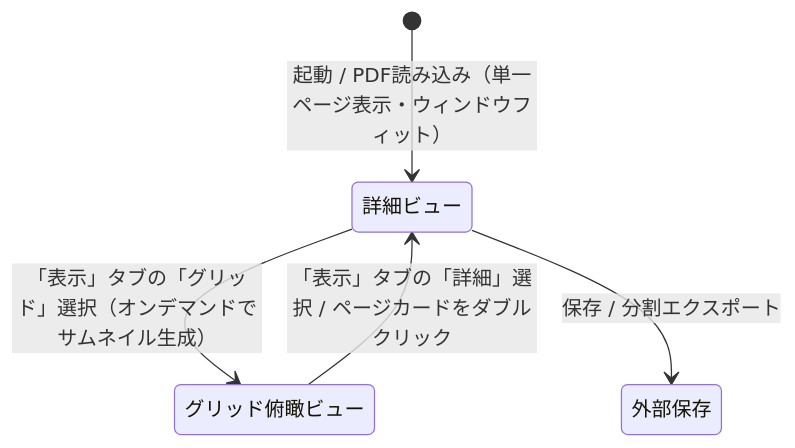
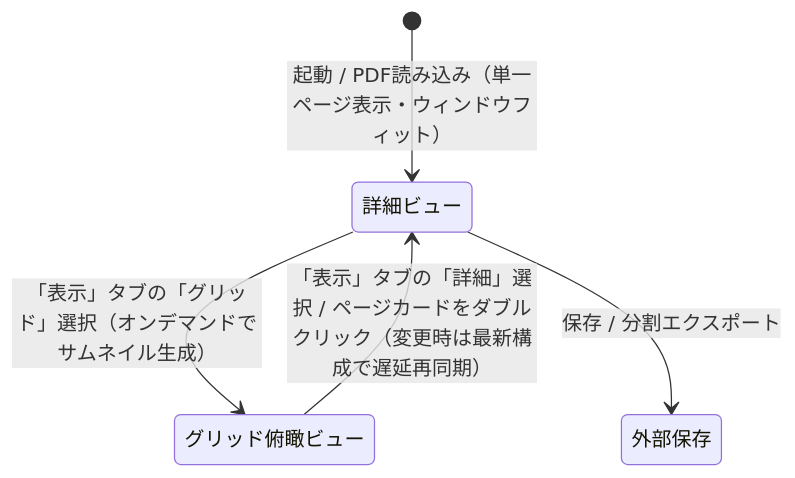
Before and after one commit to shota4327/PDFBinder: the diagram in docs/basic_design.md, drawn with Mermaid. The commit also changed other lines of this file and 10 other files, not shown here.

````diff
--- a/docs/basic_design.md
+++ b/docs/basic_design.md
@@ -187,7 +188,7 @@
 ```mermaid
 stateDiagram-v2
     [*] --> 詳細ビュー: 起動 / PDF読み込み（単一ページ表示・ウィンドウフィット）
     詳細ビュー --> グリッド俯瞰ビュー: 「表示」タブの「グリッド」選択（オンデマンドでサムネイル生成）
-    グリッド俯瞰ビュー --> 詳細ビュー: 「表示」タブの「詳細」選択 / ページカードをダブルクリック
+    グリッド俯瞰ビュー --> 詳細ビュー: 「表示」タブの「詳細」選択 / ページカードをダブルクリック（変更時は最新構成で遅延再同期）
     詳細ビュー --> 外部保存: 保存 / 分割エクスポート
 ```
````
